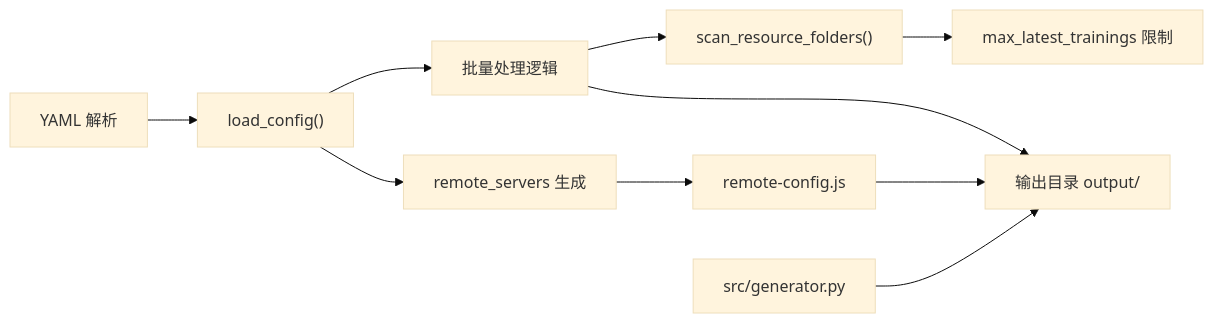
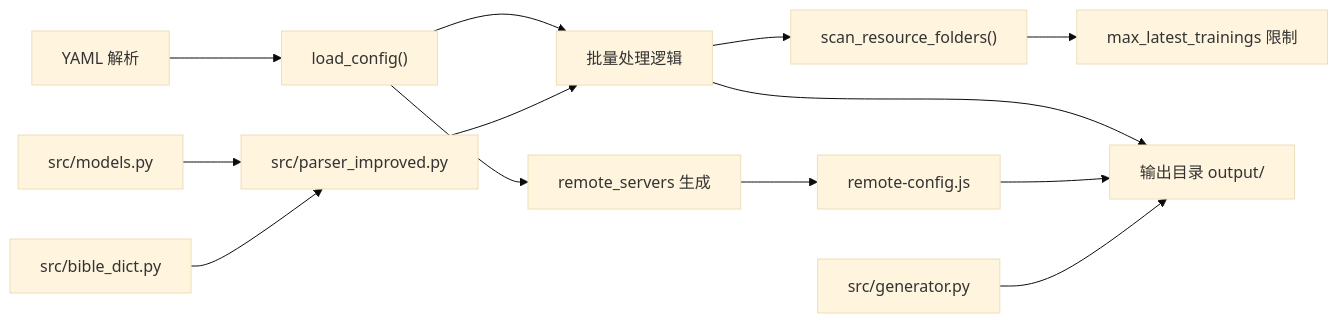
One commit to zhao-zg/cx changed the fourth of 4 diagrams in .qoder/repowiki/zh/content/批量处理系统/配置管理.md. Above: the diagram before and after it, drawn with Mermaid (base theme). The commit also changed other lines of this file and 34 other files, not shown here.

````diff
--- a/.qoder/repowiki/zh/content/批量处理系统/配置管理.md
+++ b/.qoder/repowiki/zh/content/批量处理系统/配置管理.md
@@ -200,12 +220,15 @@
 ```mermaid
 graph LR
 Yaml["YAML 解析"] --> Load["load_config()"]
 Load --> BP["批量处理逻辑"]
 Load --> RS["remote_servers 生成"]
 BP --> Scan["scan_resource_folders()"]
 Scan --> Limit["max_latest_trainings 限制"]
 RS --> RC["remote-config.js"]
 BP --> Out["输出目录 output/"]
 RC --> Out
 Gen["src/generator.py"] --> Out
+Parser["src/parser_improved.py"] --> BP
+Models["src/models.py"] --> Parser
+Bible["src/bible_dict.py"] --> Parser
 ```
````
